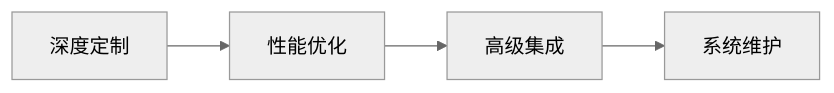
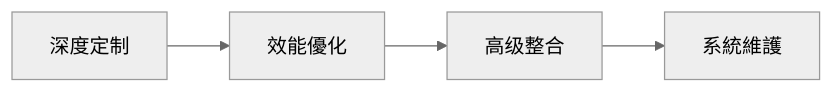
One commit to kmjade/knowledge-value changed the fifth of 5 diagrams in 3 Resources/03-Productivity/工作技巧/Obsidian-OpenCode-Ollama-GPT集成指南/README.md. Above: the diagram before and after it, drawn with Mermaid (neutral theme). The commit also changed other lines of this file and 653 other files, not shown here.

````diff
--- a/3 Resources/03-Productivity/工作技巧/Obsidian-OpenCode-Ollama-GPT集成指南/README.md
+++ b/3 Resources/03-Productivity/工作技巧/Obsidian-OpenCode-Ollama-GPT集成指南/README.md
@@ -270,6 +270,6 @@
 ```mermaid
 flowchart LR
-    A[深度定制] --> B[性能优化]
-    B --> C[高级集成]
-    C --> D[系统维护]
+    A[深度定制] --> B[效能優化]
+    B --> C[高级整合]
+    C --> D[系統維護]
 ```
````
